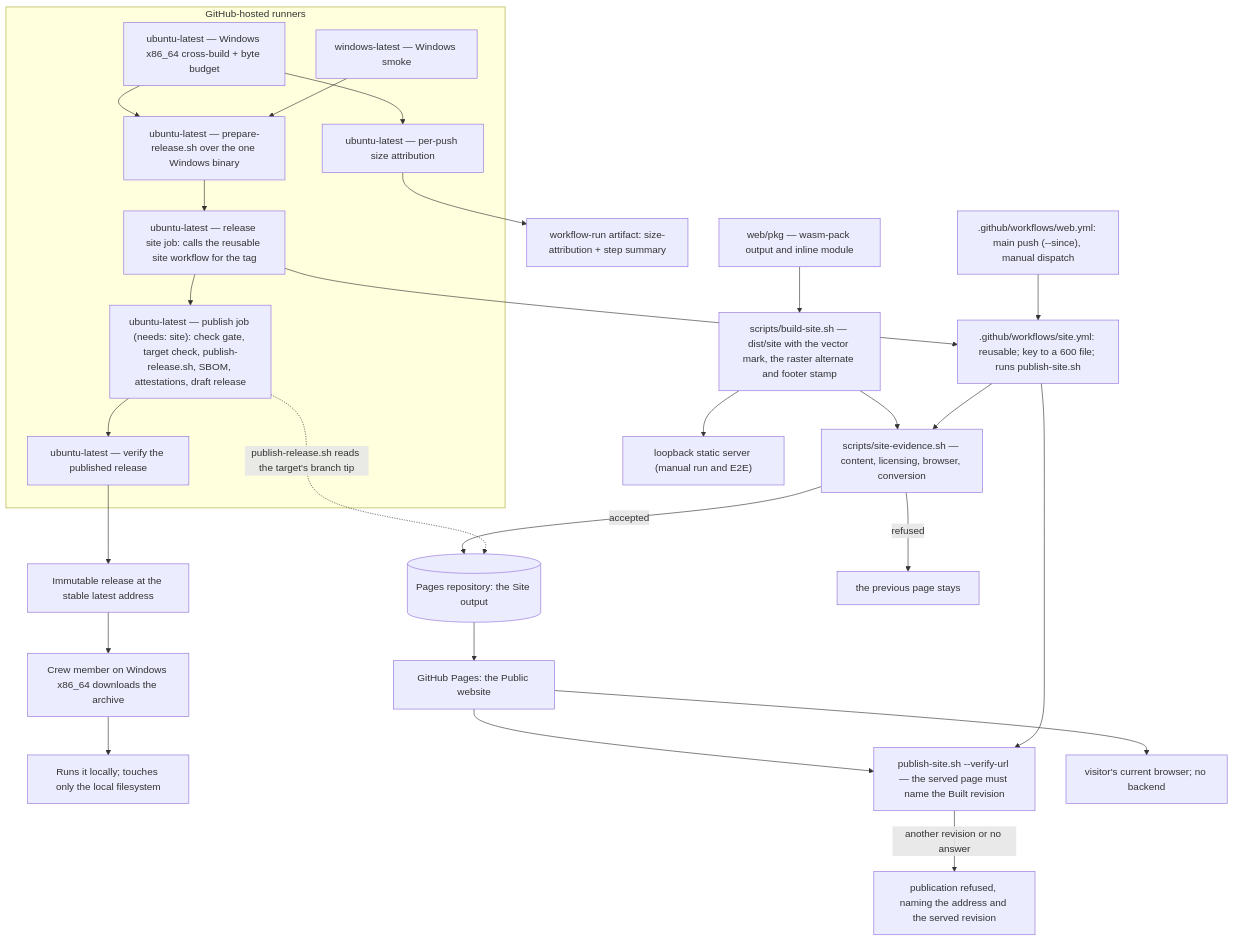
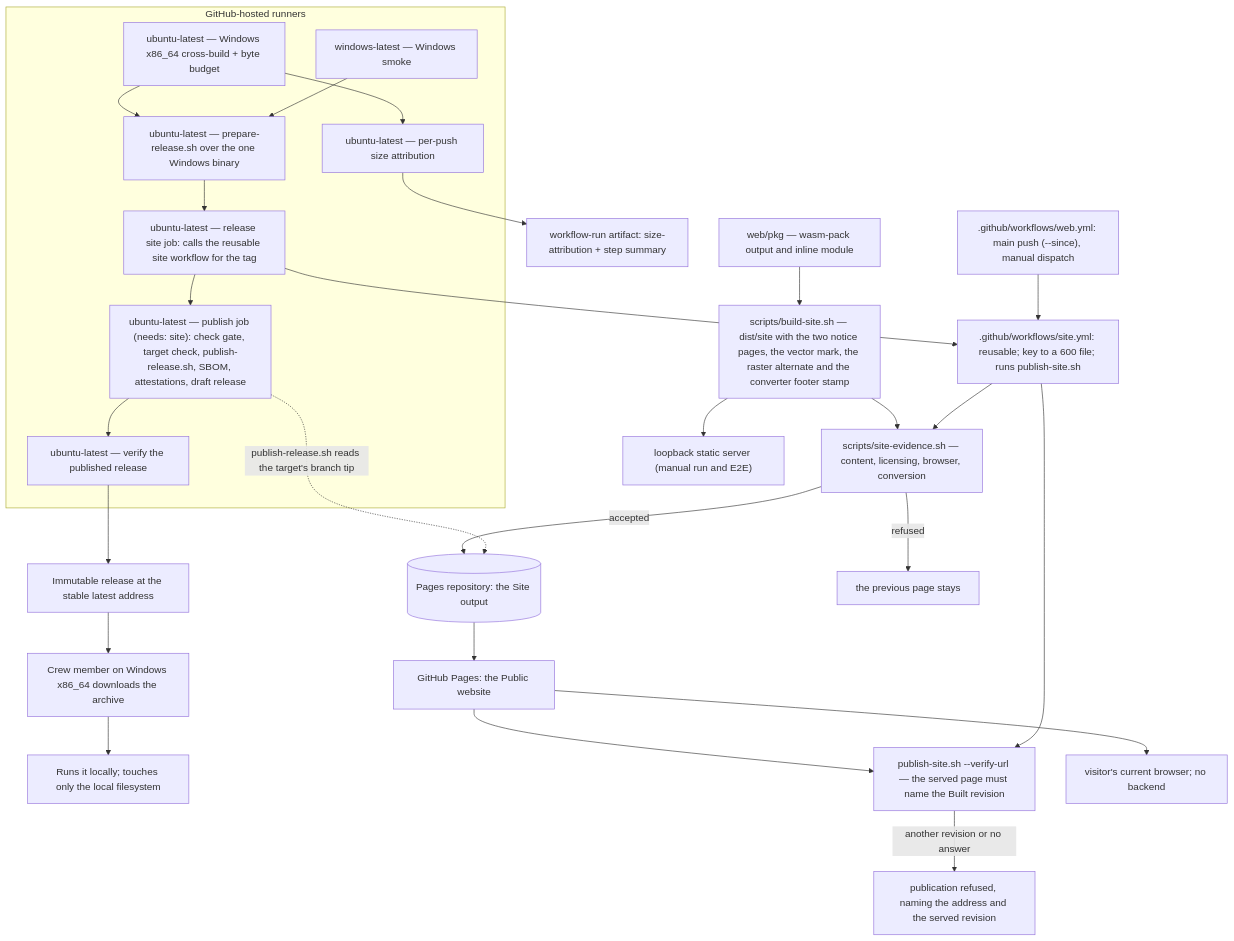
One commit to duty2cal/duty2cal changed the first of 2 diagrams in docs/arc42/07-deployment-view.md. Above: the diagram before and after it, drawn with Mermaid. The commit also changed other lines of this file and 24 other files, not shown here.

````diff
--- a/docs/arc42/07-deployment-view.md
+++ b/docs/arc42/07-deployment-view.md
@@ -23,34 +23,34 @@
 ```mermaid
 flowchart TB
   subgraph host["GitHub-hosted runners"]
     b1["ubuntu-latest — Windows x86_64 cross-build + byte budget"]
     attr["ubuntu-latest — per-push size attribution"]
     sm["windows-latest — Windows smoke"]
     prep["ubuntu-latest — prepare-release.sh over the one Windows binary"]
     sitejob["ubuntu-latest — release site job: calls the reusable site workflow for the tag"]
     pub["ubuntu-latest — publish job (needs: site): check gate, target check, publish-release.sh, SBOM, attestations, draft release"]
     ver["ubuntu-latest — verify the published release"]
   end
   b1 --> prep
   b1 --> attr
   attr --> art["workflow-run artifact: size-attribution + step summary"]
   sm --> prep
   prep --> sitejob --> pub --> ver
   ver --> rel["Immutable release at the stable latest address"]
   rel --> dl["Crew member on Windows x86_64 downloads the archive"]
   dl --> run["Runs it locally; touches only the local filesystem"]
-  bundle["web/pkg — wasm-pack output and inline module"] --> assemble["scripts/build-site.sh — dist/site with the vector mark, the raster alternate and footer stamp"]
+  bundle["web/pkg — wasm-pack output and inline module"] --> assemble["scripts/build-site.sh — dist/site with the two notice pages, the vector mark, the raster alternate and the converter footer stamp"]
   assemble --> gate["scripts/site-evidence.sh — content, licensing, browser, conversion"]
   gate -->|"accepted"| pages[("Pages repository: the Site output")]
   gate -->|"refused"| prev["the previous page stays"]
   pages --> served["GitHub Pages: the Public website"]
   served --> verify["publish-site.sh --verify-url — the served page must name the Built revision"]
   verify -->|"another revision or no answer"| refusedserve["publication refused, naming the address and the served revision"]
   served --> visitor["visitor's current browser; no backend"]
   assemble --> loop["loopback static server (manual run and E2E)"]
   webwf[".github/workflows/web.yml: main push (--since), manual dispatch"] --> sitewf
   sitejob --> sitewf
   sitewf[".github/workflows/site.yml: reusable; key to a 600 file; runs publish-site.sh"] --> gate
   sitewf --> verify
   pub -.->|"publish-release.sh reads the target's branch tip"| pages
 ```
````
